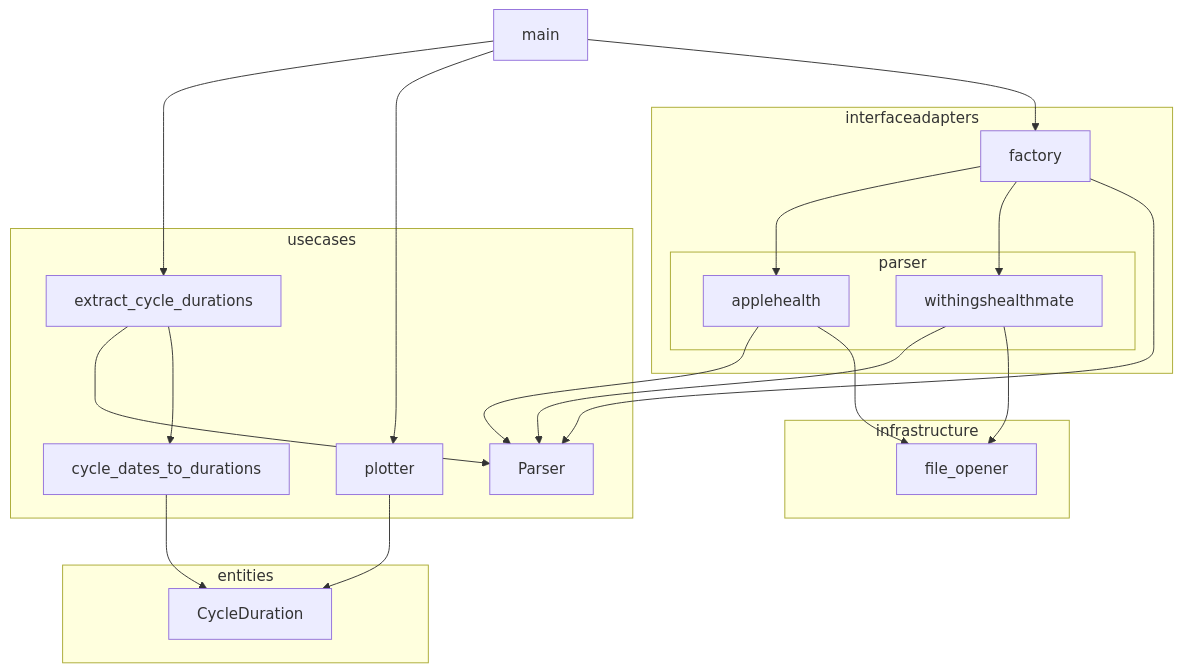
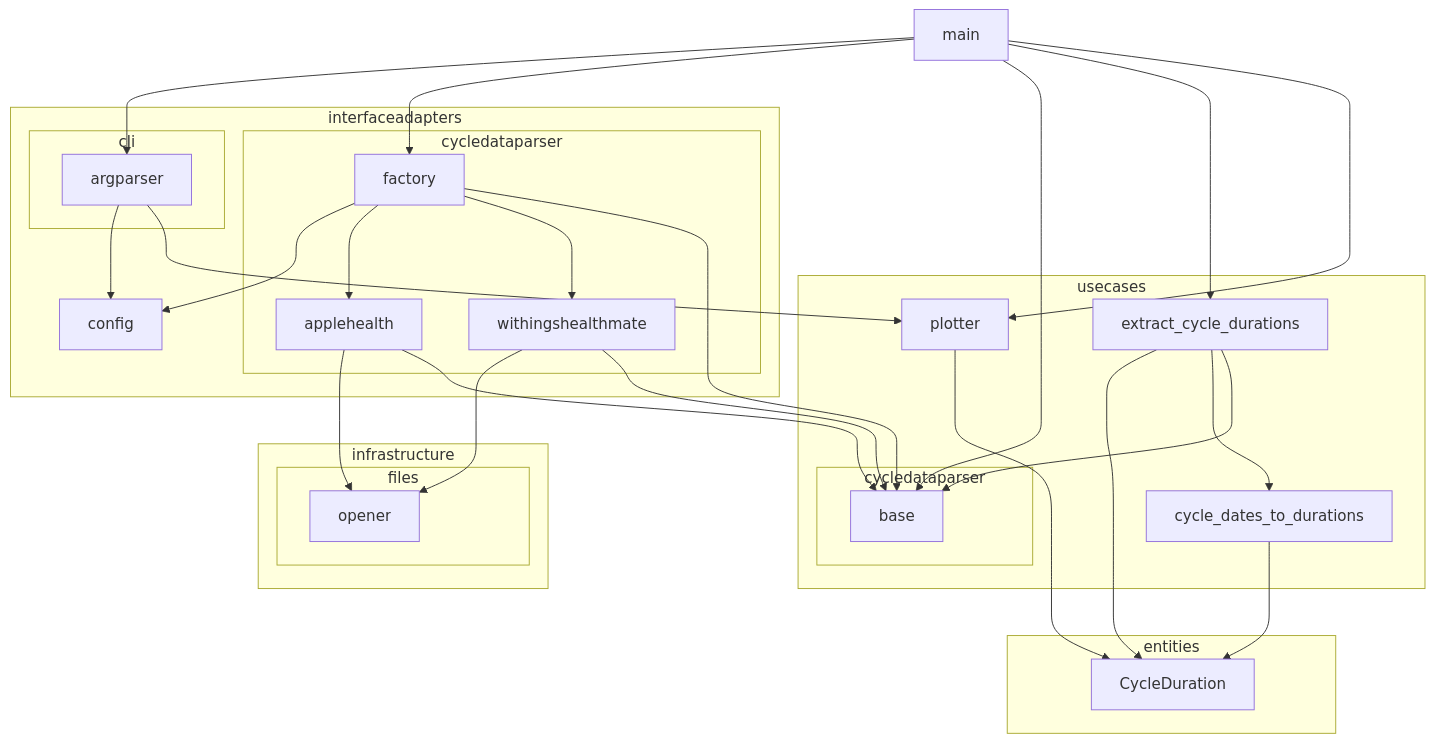
Before and after one commit to caarmen/cycle-plotter: the fourth of 4 diagrams in docs/architecture.md, drawn with Mermaid. The commit also changed other lines of this file and 15 other files, not shown here.

````diff
--- a/docs/architecture.md
+++ b/docs/architecture.md
@@ -51,41 +82,58 @@
 ```mermaid
 flowchart TD
     subgraph entities
         CycleDuration
     end
     subgraph infrastructure
-        file_opener
+        subgraph files
+            opener
+        end
     end
     subgraph interfaceadapters
-        subgraph parser
+        subgraph cli
+            argparser
+        end
+        subgraph cycledataparser
             applehealth
             withingshealthmate
+            factory
         end
-        factory
+        config
     end
     subgraph usecases
-        Parser
+        subgraph icycledataparser[cycledataparser]
+            base
+        end
         cycle_dates_to_durations
         extract_cycle_durations
         plotter
     end
     main
 
+    argparser --> config
+    argparser --> plotter
+
+    applehealth --> opener
+    applehealth --> base
+    withingshealthmate --> opener
+    withingshealthmate --> base
+
+    factory --> config
+    factory --> applehealth
+    factory --> withingshealthmate
+    factory --> base
+
+    main --> argparser
+    main --> factory
+    main --> base
     main --> extract_cycle_durations
     main --> plotter
-    main --> factory
-
-    factory --> applehealth
-    factory --> withingshealthmate
-    factory --> Parser
-    applehealth --> Parser
-    applehealth --> file_opener
-    withingshealthmate --> Parser
-    withingshealthmate --> file_opener
 
     cycle_dates_to_durations --> CycleDuration
-    extract_cycle_durations --> Parser
+    extract_cycle_durations --> CycleDuration
     extract_cycle_durations --> cycle_dates_to_durations
+    extract_cycle_durations --> base
 
     plotter --> CycleDuration
+
 ```
````
